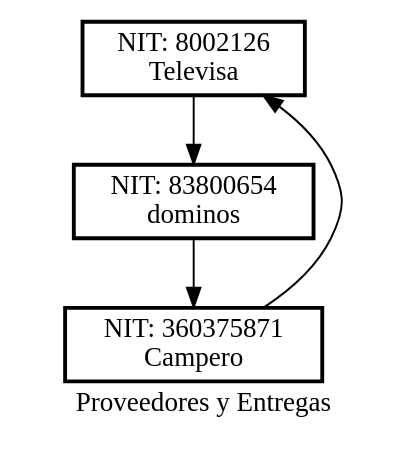
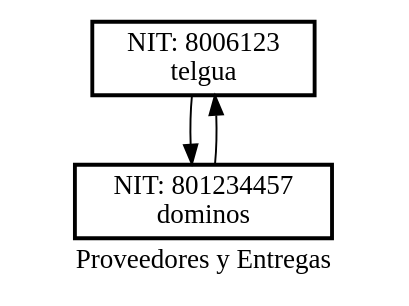
The diagram in Proyecto1/reporte_proveedores.dot (AndhreGE/EDD_1S2026_PY_202202055), drawn with Graphviz before and after one commit. The commit also changed 43 other files, not shown here.

```diff
--- a/Proyecto1/reporte_proveedores.dot
+++ b/Proyecto1/reporte_proveedores.dot
@@ -1,11 +1,9 @@
 digraph G {
   rankdir=TB;
   node [shape=box];
   label="Proveedores y Entregas";
-  prov0 [label="NIT: 8002126\nTelevisa", style=bold];
+  prov0 [label="NIT: 8006123\ntelgua", style=bold];
   prov0 -> prov1;
-  prov1 [label="NIT: 83800654\ndominos", style=bold];
-  prov1 -> prov2;
-  prov2 [label="NIT: 360375871\nCampero", style=bold];
-  prov2 -> prov0 [constraint=false];
+  prov1 [label="NIT: 801234457\ndominos", style=bold];
+  prov1 -> prov0 [constraint=false];
 }
```
